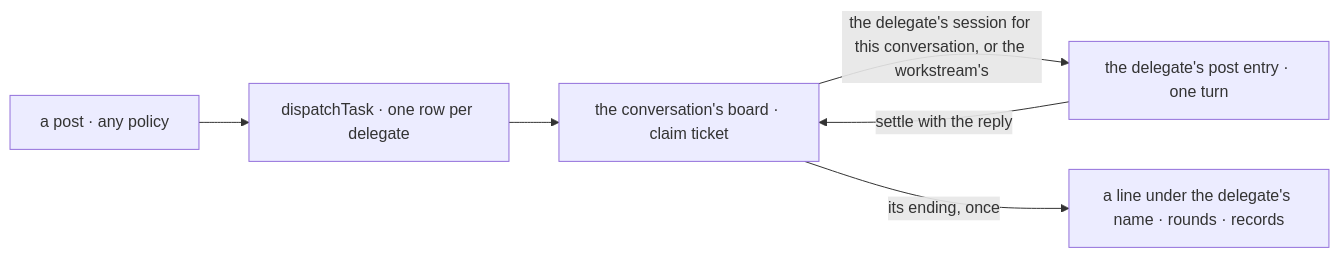
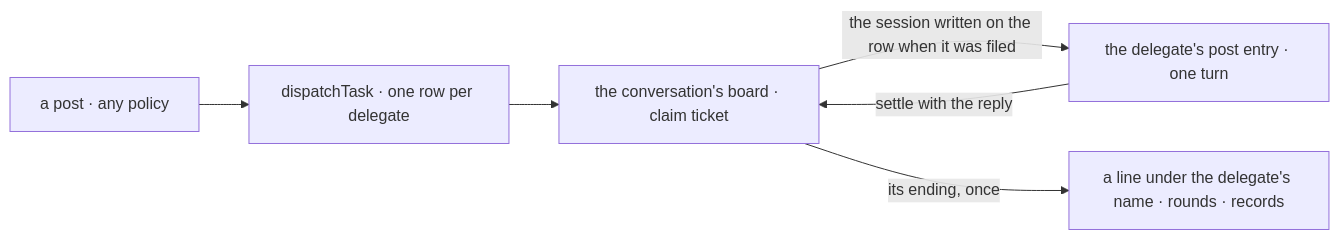
Before and after one commit to fixpoint-labs/flow-state-dev: the second of 2 diagrams in specs/issues/FIX-1872/SPEC.md, drawn with Mermaid. The commit also changed other lines of this file and 6 other files, not shown here.

Commit message:
spec(FIX-1872): restraint pass: cut row-cost bench and goal legs a/c, session resolved at filing, post: true marks the post form

````diff
--- a/specs/issues/FIX-1872/SPEC.md
+++ b/specs/issues/FIX-1872/SPEC.md
@@ -84,8 +84,8 @@
 ```mermaid
 flowchart LR
   P["a post · any policy"] --> D["dispatchTask · one row per delegate"]
   D --> B["the conversation's board · claim ticket"]
-  B -->|"the delegate's session for this conversation, or the workstream's"| E["the delegate's post entry · one turn"]
+  B -->|"the session written on the row when it was filed"| E["the delegate's post entry · one turn"]
   E -->|"settle with the reply"| B
   B -->|"its ending, once"| L["a line under the delegate's name · rounds · records"]
 ```
````
